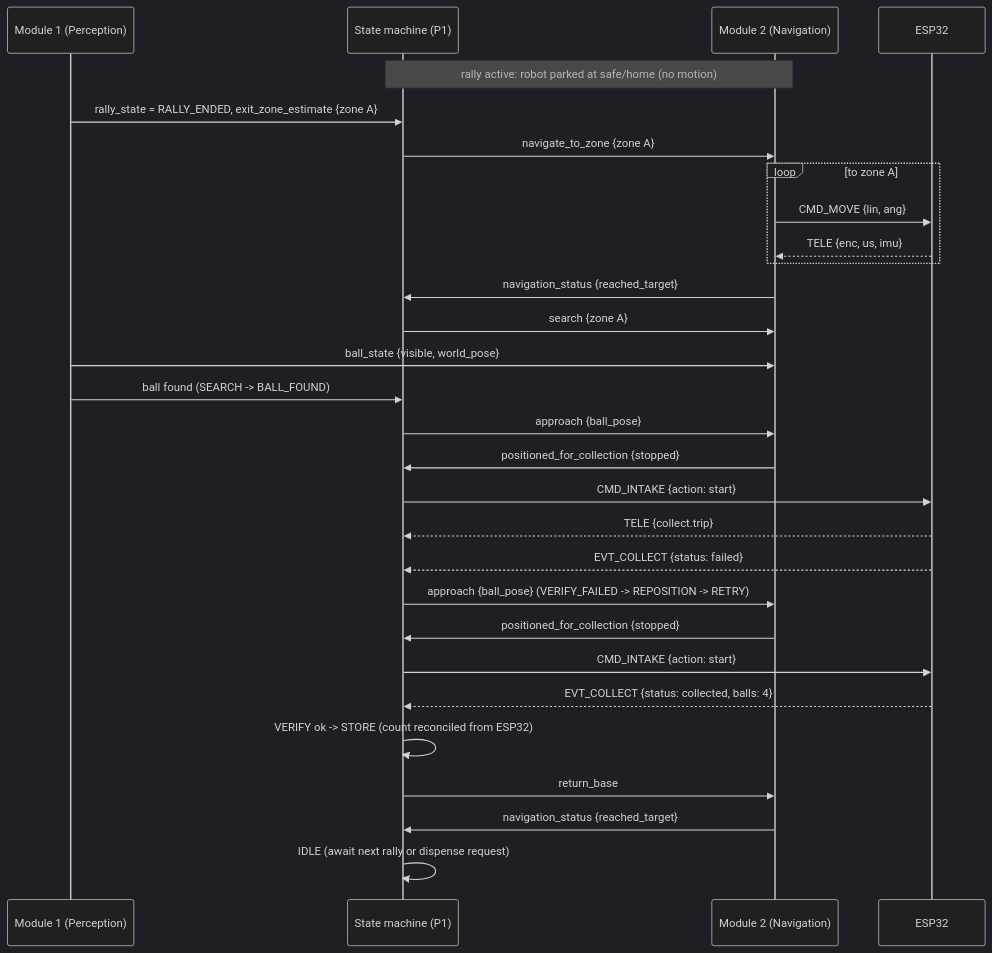
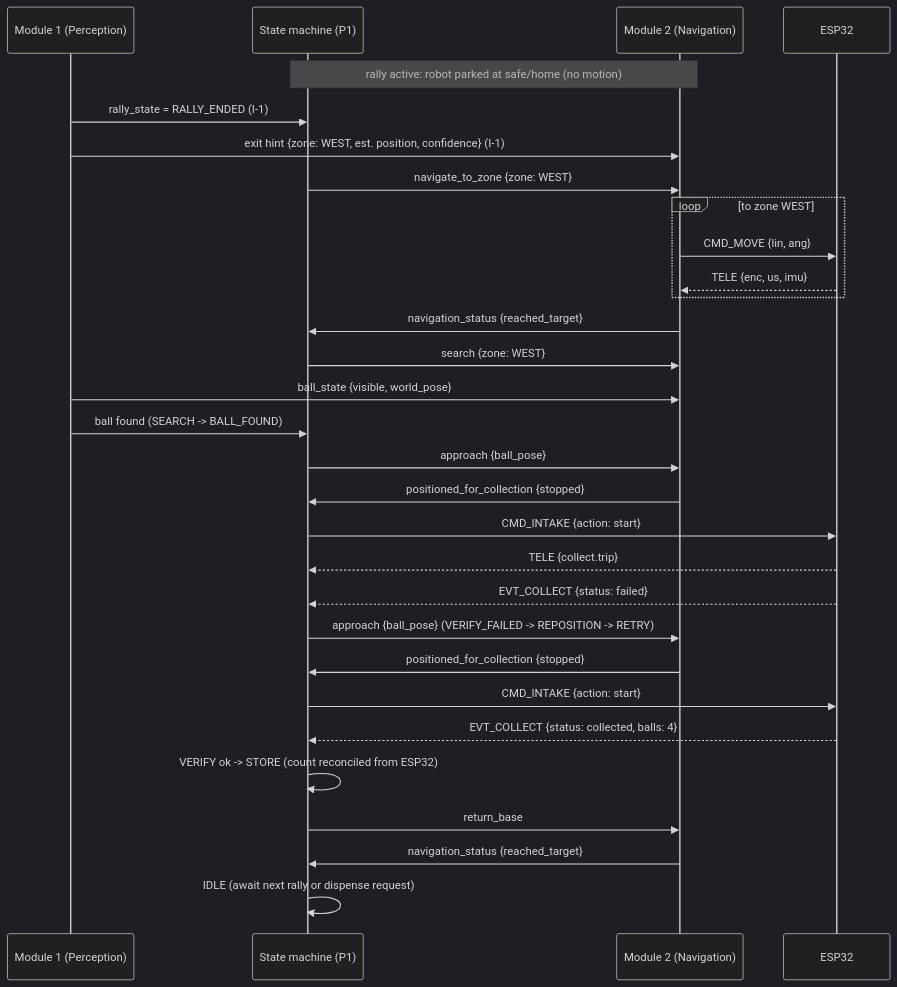
One commit to Abdullahhashmi06/AI-Sports-Ball-Recovery-Robot changed the second of 2 diagrams in docs/TEAM_INTERFACE_CONTRACT.md. Above: the diagram before and after it, drawn with Mermaid (dark theme). The commit also changed other lines of this file, not shown here.

Commit message:
docs: finalize coordinate and recovery-zone conventions

````diff
--- a/docs/TEAM_INTERFACE_CONTRACT.md
+++ b/docs/TEAM_INTERFACE_CONTRACT.md
@@ -267,32 +326,33 @@
 ```mermaid
 sequenceDiagram
     participant M1 as Module 1 (Perception)
     participant SM as State machine (P1)
     participant M2 as Module 2 (Navigation)
     participant E as ESP32
 
     Note over SM,M2: rally active: robot parked at safe/home (no motion)
-    M1->>SM: rally_state = RALLY_ENDED, exit_zone_estimate {zone A}
-    SM->>M2: navigate_to_zone {zone A}
-    loop to zone A
+    M1->>SM: rally_state = RALLY_ENDED (I-1)
+    M1->>M2: exit hint {zone: WEST, est. position, confidence} (I-1)
+    SM->>M2: navigate_to_zone {zone: WEST}
+    loop to zone WEST
         M2->>E: CMD_MOVE {lin, ang}
         E-->>M2: TELE {enc, us, imu}
     end
     M2->>SM: navigation_status {reached_target}
-    SM->>M2: search {zone A}
+    SM->>M2: search {zone: WEST}
     M1->>M2: ball_state {visible, world_pose}
     M1->>SM: ball found (SEARCH -> BALL_FOUND)
     SM->>M2: approach {ball_pose}
     M2->>SM: positioned_for_collection {stopped}
     SM->>E: CMD_INTAKE {action: start}
     E-->>SM: TELE {collect.trip}
     E-->>SM: EVT_COLLECT {status: failed}
     SM->>M2: approach {ball_pose} (VERIFY_FAILED -> REPOSITION -> RETRY)
     M2->>SM: positioned_for_collection {stopped}
     SM->>E: CMD_INTAKE {action: start}
     E-->>SM: EVT_COLLECT {status: collected, balls: 4}
     SM->>SM: VERIFY ok -> STORE (count reconciled from ESP32)
     SM->>M2: return_base
     M2->>SM: navigation_status {reached_target}
     SM->>SM: IDLE (await next rally or dispense request)
 ```
````
